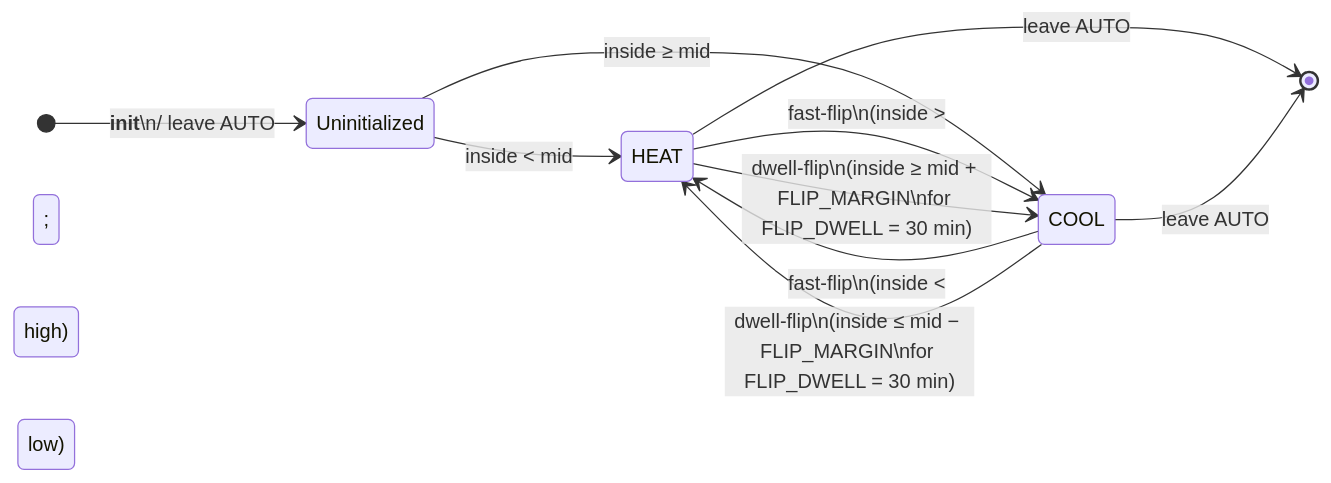
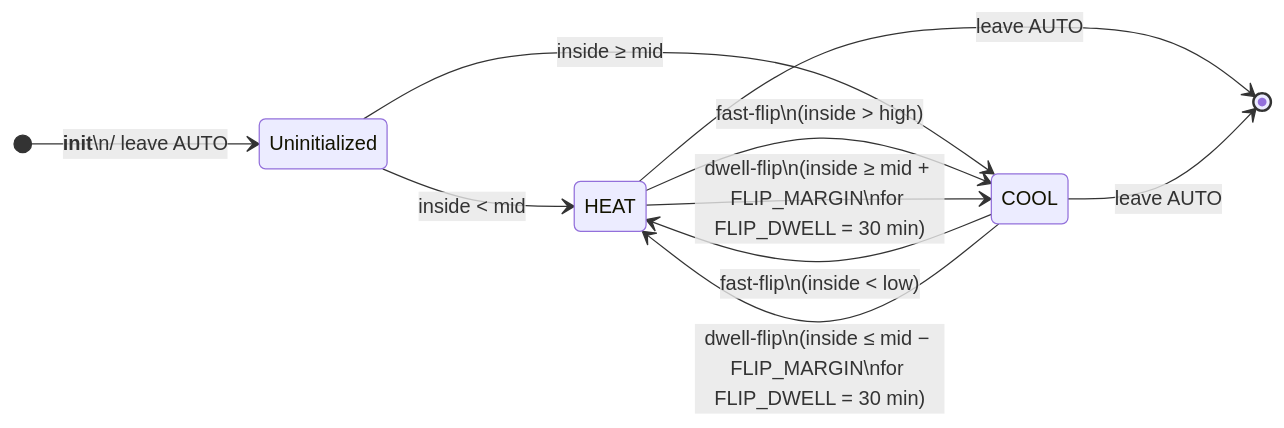
Before and after one commit to HomeOps/HASS-Smart-Climate: the first of 2 diagrams in docs/state-machine.md, drawn with Mermaid.

Commit message:
Fix state machine transitions for HEAT and COOL

````diff
--- a/docs/state-machine.md
+++ b/docs/state-machine.md
@@ -25,16 +25,16 @@
 ```mermaid
 stateDiagram-v2
     direction LR
     [*] --> Uninitialized: __init__\n/ leave AUTO
     Uninitialized --> HEAT: inside < mid
     Uninitialized --> COOL: inside ≥ mid
 
-    HEAT --> COOL: fast-flip\n(inside &gt; high)
-    COOL --> HEAT: fast-flip\n(inside &lt; low)
+    HEAT --> COOL: fast-flip\n(inside > high)
+    COOL --> HEAT: fast-flip\n(inside < low)
 
     HEAT --> COOL: dwell-flip\n(inside ≥ mid + FLIP_MARGIN\nfor FLIP_DWELL = 30 min)
     COOL --> HEAT: dwell-flip\n(inside ≤ mid − FLIP_MARGIN\nfor FLIP_DWELL = 30 min)
 
     HEAT --> [*]: leave AUTO
     COOL --> [*]: leave AUTO
 ```
````
